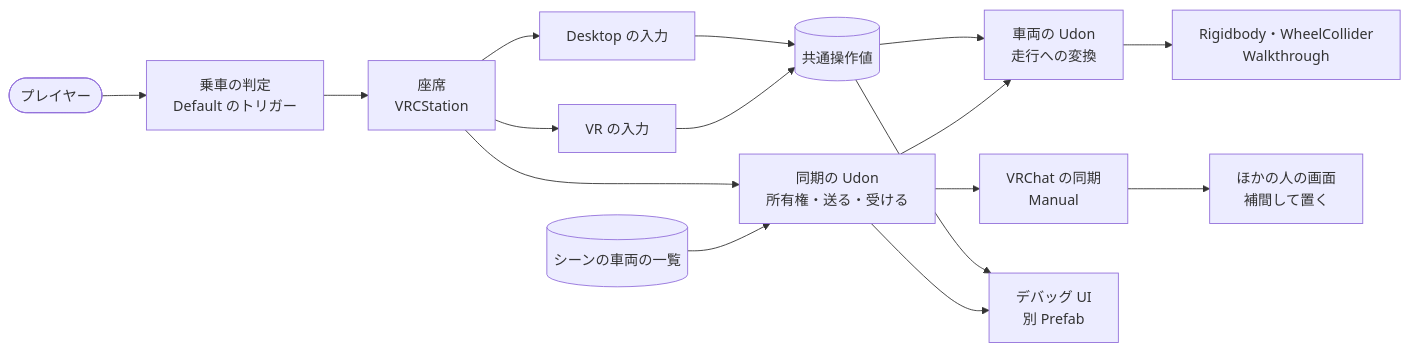
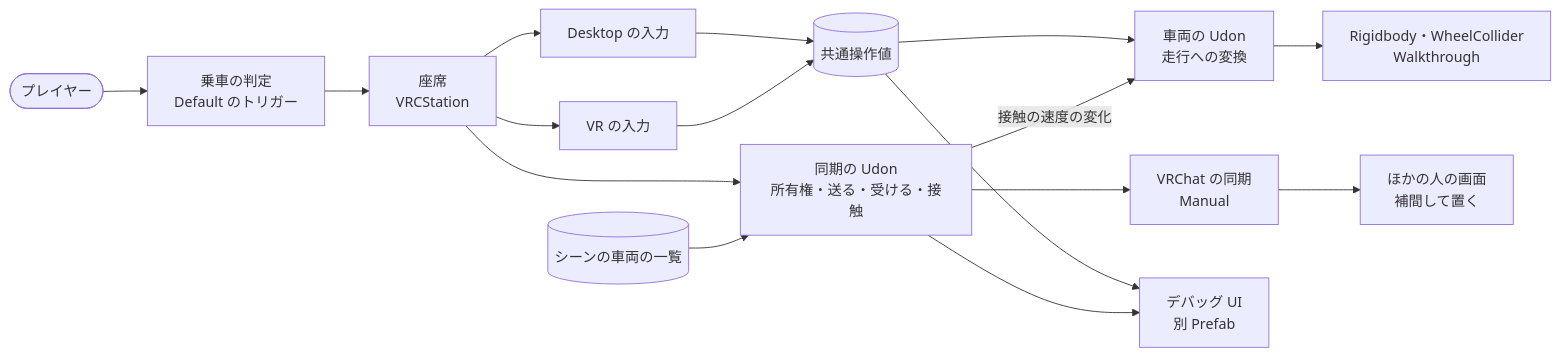
The second of 7 diagrams in Docs/03_Architecture/architecture.md (yakimannzyuu/YakimaTank), drawn with Mermaid before and after one commit. The commit also changed other lines of this file and 10 other files, not shown here.

````diff
--- a/Docs/03_Architecture/architecture.md
+++ b/Docs/03_Architecture/architecture.md
@@ -35,18 +35,18 @@
 ```mermaid
 flowchart LR
   player([プレイヤー]) --> boarding[乗車の判定<br/>Default のトリガー]
   boarding --> seat[座席<br/>VRCStation]
   seat --> desktop[Desktop の入力]
   seat --> vr[VR の入力]
   desktop --> control[(共通操作値)]
   vr --> control
   control --> vehicle[車両の Udon<br/>走行への変換]
-  seat --> sync[同期の Udon<br/>所有権・送る・受ける]
-  sync --> vehicle
+  seat --> sync[同期の Udon<br/>所有権・送る・受ける・接触]
+  sync -->|接触の速度の変化| vehicle
   vehicle --> physics[Rigidbody・WheelCollider<br/>Walkthrough]
   sync --> net[VRChat の同期<br/>Manual]
   net --> remote[ほかの人の画面<br/>補間して置く]
   registry[(シーンの車両の一覧)] --> sync
   control --> panel[デバッグ UI<br/>別 Prefab]
   sync --> panel
 ```
````
